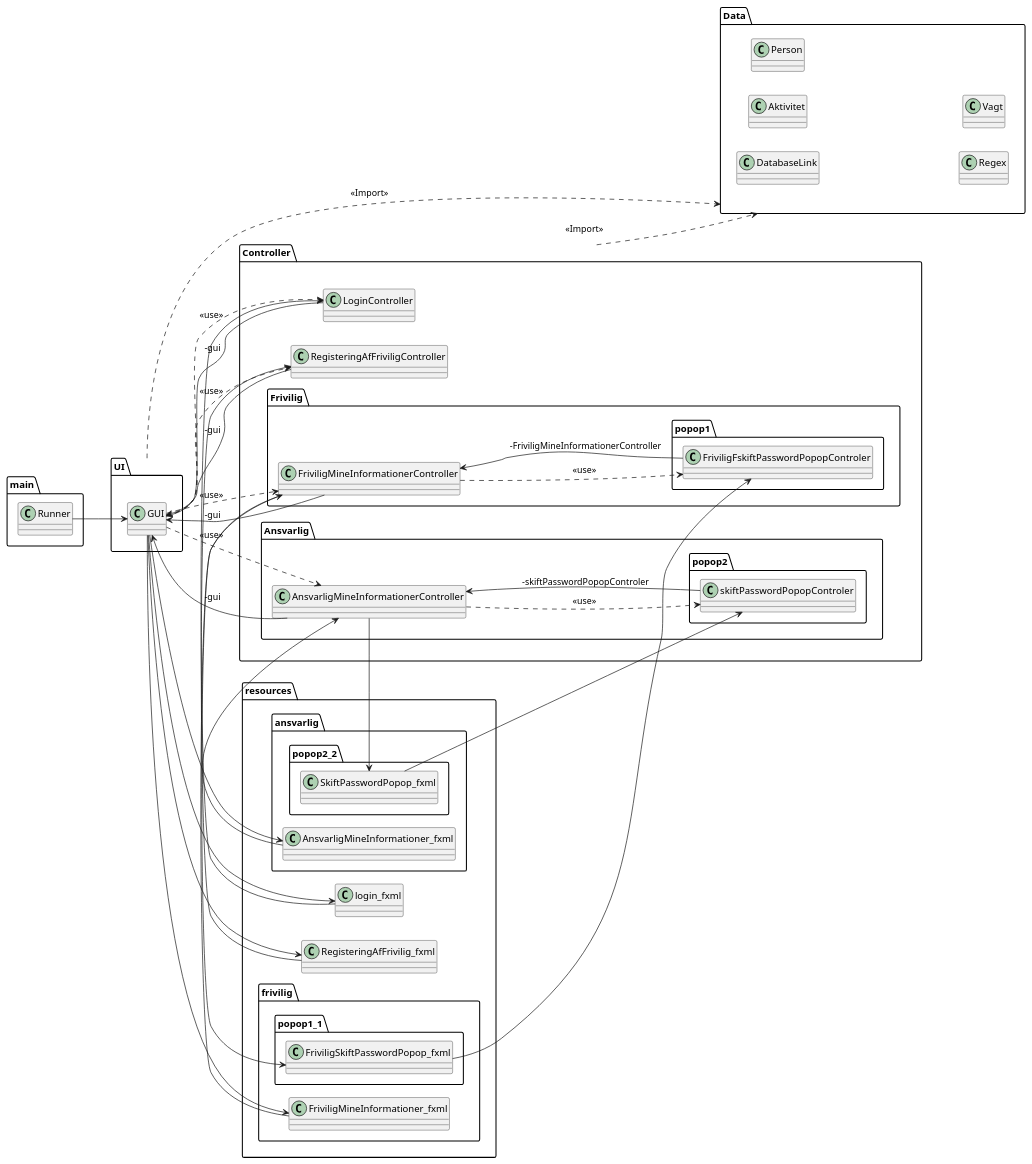
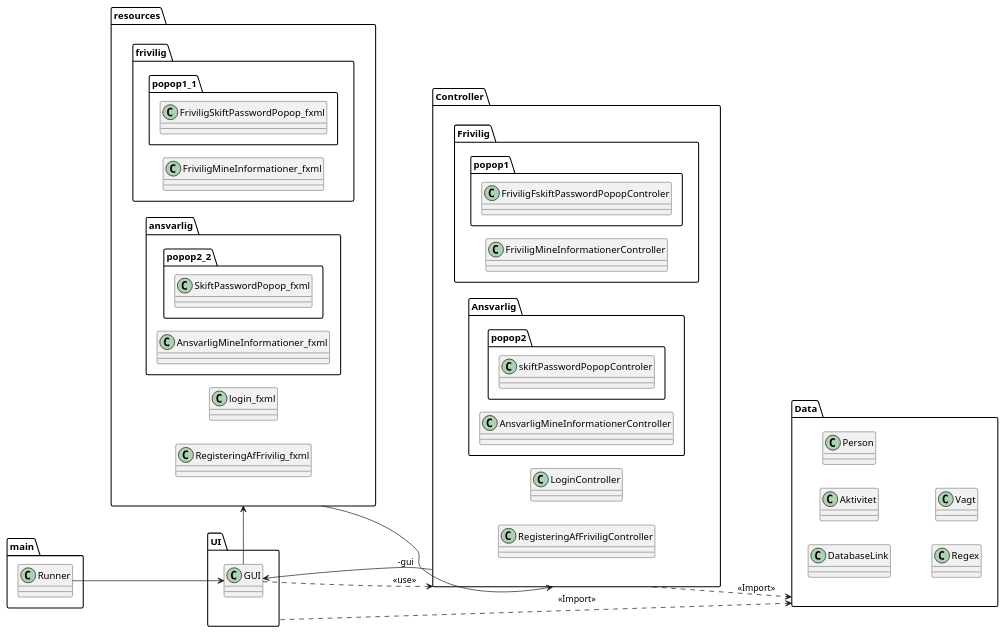
The diagram in src/grafik/package.puml (juliusstr/RoskildeProjektFrivillige62514), drawn with PlantUML before and after one commit. The commit also changed 3 other files, not shown here.

```diff
--- a/src/grafik/package.puml
+++ b/src/grafik/package.puml
@@ -1,91 +1,96 @@
 @startuml
 skinparam classAttributeIconSize 0
 left to right direction
 
 package resources{
     class login_fxml
     class RegisteringAfFrivilig_fxml
     package frivilig{
         class FriviligMineInformationer_fxml
         package popop1_1 {
             class FriviligSkiftPasswordPopop_fxml
         }
     }
     package ansvarlig {
         class AnsvarligMineInformationer_fxml
         package popop2_2{
             class SkiftPasswordPopop_fxml
         }
     }
 }
 
-package Controller {
+package Controller{
     class LoginController
     class RegisteringAfFriviligController
     package Frivilig{
         class FriviligMineInformationerController
         package popop1{
             class FriviligFskiftPasswordPopopControler
         }
     }
     package Ansvarlig{
         class AnsvarligMineInformationerController
         package popop2{
             class skiftPasswordPopopControler
         }
     }
 }
 
 package main{
     class Runner
 }
 
 package UI {
     class GUI
 }
 
 package Data {
     class DatabaseLink
     class Aktivitet
     class Person
     class Regex
     class Vagt
 }
 
 Runner --> GUI
 
 UI ..> Data : <<Import>>
 Controller ..> Data : <<Import>>
 
-GUI --> login_fxml
-login_fxml --> LoginController
-LoginController --> GUI : " -gui"
-GUI ..> LoginController : "<<use>>"
+GUI --> resources
+resources --> Controller
+Controller --> GUI : " -gui"
+GUI ..> Controller : "<<use>>"
 
-GUI --> RegisteringAfFrivilig_fxml
-RegisteringAfFrivilig_fxml --> RegisteringAfFriviligController
-RegisteringAfFriviligController --> GUI : " -gui"
-GUI ..> RegisteringAfFriviligController : "<<use>>"
+'GUI --> login_fxml
+'login_fxml --> LoginController
+'LoginController --> GUI : " -gui"
+'GUI ..> LoginController : "<<use>>"
 
-GUI --> FriviligMineInformationer_fxml
-FriviligMineInformationer_fxml --> FriviligMineInformationerController
-FriviligMineInformationerController --> GUI : " -gui"
-GUI ..> FriviligMineInformationerController : "<<use>>"
+'GUI --> RegisteringAfFrivilig_fxml
+'RegisteringAfFrivilig_fxml --> RegisteringAfFriviligController
+'RegisteringAfFriviligController --> GUI : " -gui"
+'GUI ..> RegisteringAfFriviligController : "<<use>>"
 
-FriviligMineInformationerController --> FriviligSkiftPasswordPopop_fxml
-FriviligSkiftPasswordPopop_fxml --> FriviligFskiftPasswordPopopControler
-FriviligFskiftPasswordPopopControler --> FriviligMineInformationerController : " -FriviligMineInformationerController"
-FriviligMineInformationerController ..> FriviligFskiftPasswordPopopControler : "<<use>>"
+'GUI --> FriviligMineInformationer_fxml
+'FriviligMineInformationer_fxml --> FriviligMineInformationerController
+'FriviligMineInformationerController --> GUI : " -gui"
+'GUI ..> FriviligMineInformationerController : "<<use>>"
 
-GUI --> AnsvarligMineInformationer_fxml
-AnsvarligMineInformationer_fxml --> AnsvarligMineInformationerController
-AnsvarligMineInformationerController --> GUI : " -gui"
-GUI ..> AnsvarligMineInformationerController : "<<use>>"
+'FriviligMineInformationerController --> FriviligSkiftPasswordPopop_fxml
+'FriviligSkiftPasswordPopop_fxml --> FriviligFskiftPasswordPopopControler
+'FriviligFskiftPasswordPopopControler --> FriviligMineInformationerController : " -FriviligMineInformationerController"
+'FriviligMineInformationerController ..> FriviligFskiftPasswordPopopControler : "<<use>>"
 
-AnsvarligMineInformationerController --> SkiftPasswordPopop_fxml
-SkiftPasswordPopop_fxml --> skiftPasswordPopopControler
-skiftPasswordPopopControler --> AnsvarligMineInformationerController : " -skiftPasswordPopopControler"
-AnsvarligMineInformationerController ..> skiftPasswordPopopControler : "<<use>>"
+'GUI --> AnsvarligMineInformationer_fxml
+'AnsvarligMineInformationer_fxml --> AnsvarligMineInformationerController
+'AnsvarligMineInformationerController --> GUI : " -gui"
+'GUI ..> AnsvarligMineInformationerController : "<<use>>"
+
+'AnsvarligMineInformationerController --> SkiftPasswordPopop_fxml
+'SkiftPasswordPopop_fxml --> skiftPasswordPopopControler
+'skiftPasswordPopopControler --> AnsvarligMineInformationerController : " -skiftPasswordPopopControler"
+'AnsvarligMineInformationerController ..> skiftPasswordPopopControler : "<<use>>"
 
 
 @enduml
```
